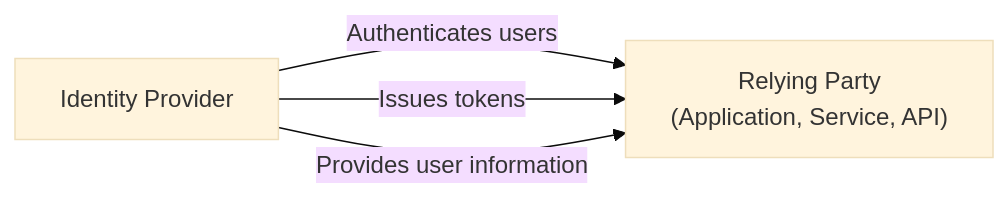
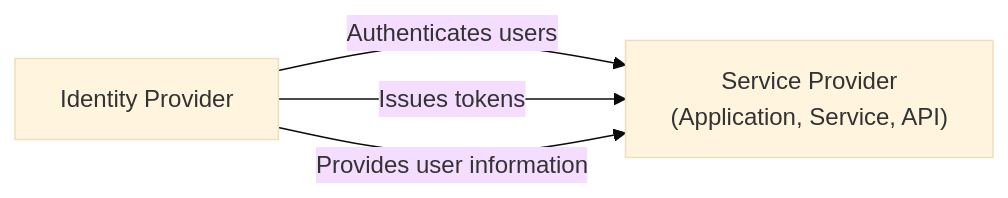
One commit to logto-io/auth-wiki changed the first of 3 diagrams in src/articles/identity-provider.mdx. Above: the diagram before and after it, drawn with Mermaid (base theme). The commit also changed other lines of this file and 11 other files, not shown here.

````diff
--- a/src/articles/identity-provider.mdx
+++ b/src/articles/identity-provider.mdx
@@ -11,8 +11,8 @@
 ```mermaid
 graph LR
     IdP[Identity Provider]
-    RP["Relying Party<br />(Application, Service, API)"]
-    IdP -->|Authenticates users| RP
-    IdP -->|Issues tokens| RP
-    IdP -->|Provides user information| RP
+    SP["Service Provider<br />(Application, Service, API)"]
+    IdP -->|Authenticates users| SP
+    IdP -->|Issues tokens| SP
+    IdP -->|Provides user information| SP
 ```
````
